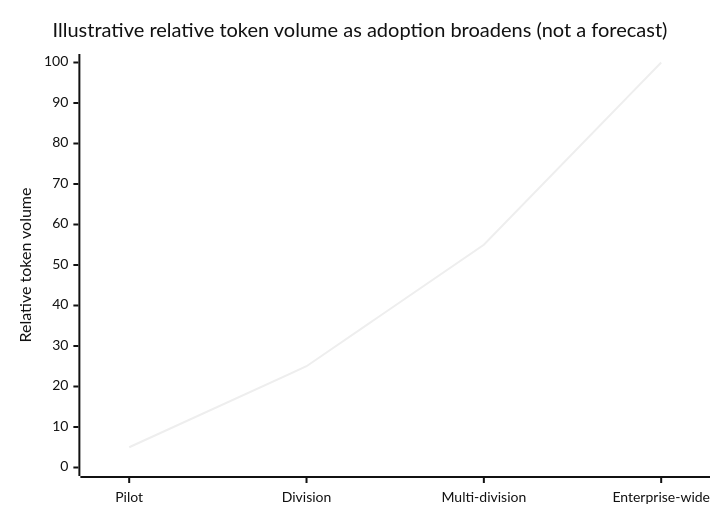
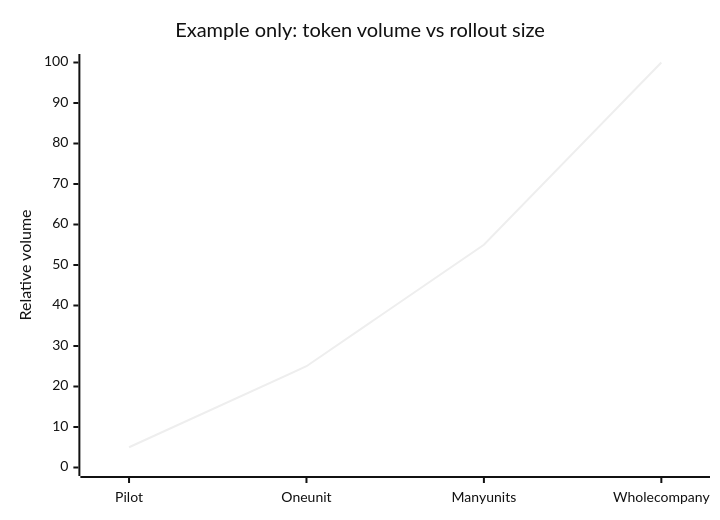
One commit to NVIDIA/nim-deploy changed the third of 6 diagrams in cloud-service-providers/azure/workshops/aks-nemoclaw/README.md. Above: the diagram before and after it, drawn with Mermaid (neutral theme). The commit also changed other lines of this file, not shown here.

````diff
--- a/cloud-service-providers/azure/workshops/aks-nemoclaw/README.md
+++ b/cloud-service-providers/azure/workshops/aks-nemoclaw/README.md
@@ -109,7 +114,7 @@
 ```mermaid
 xychart-beta
-    title "Illustrative relative token volume as adoption broadens (not a forecast)"
-    x-axis [Pilot, Division, Multi-division, Enterprise-wide]
-    y-axis "Relative token volume" 0 --> 100
+    title "Example only: token volume vs rollout size"
+    x-axis [Pilot, One unit, Many units, Whole company]
+    y-axis "Relative volume" 0 --> 100
     line [5, 25, 55, 100]
 ```
````
